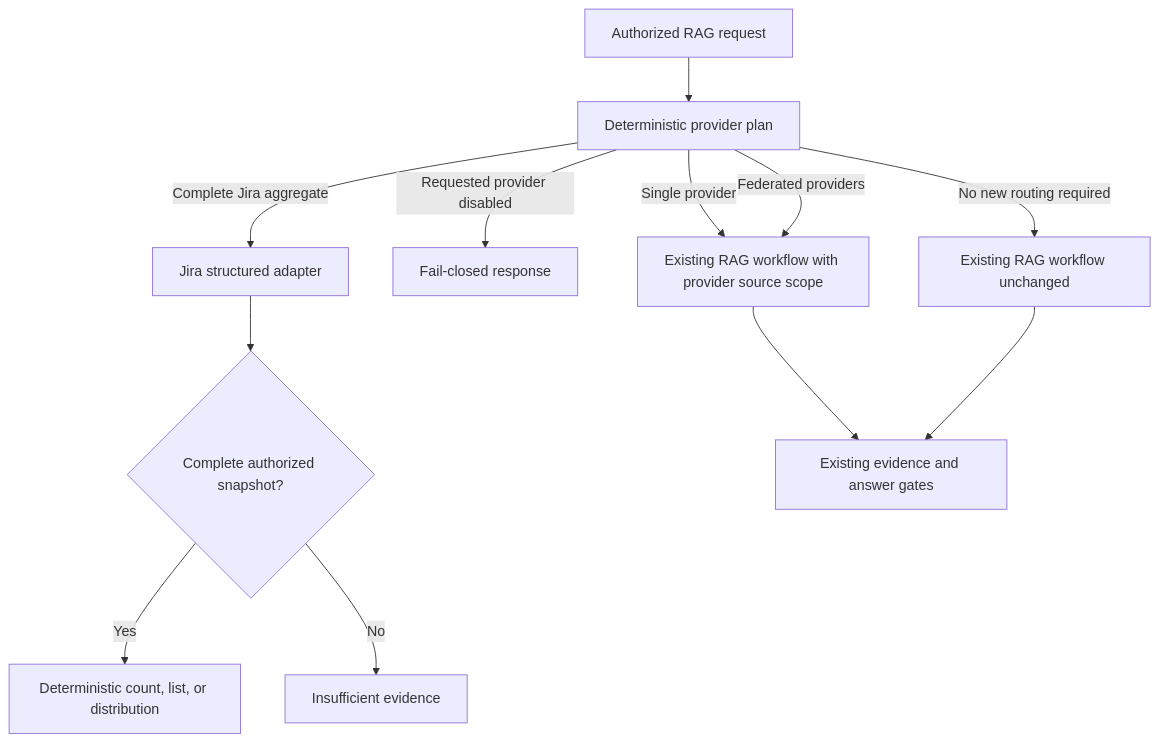
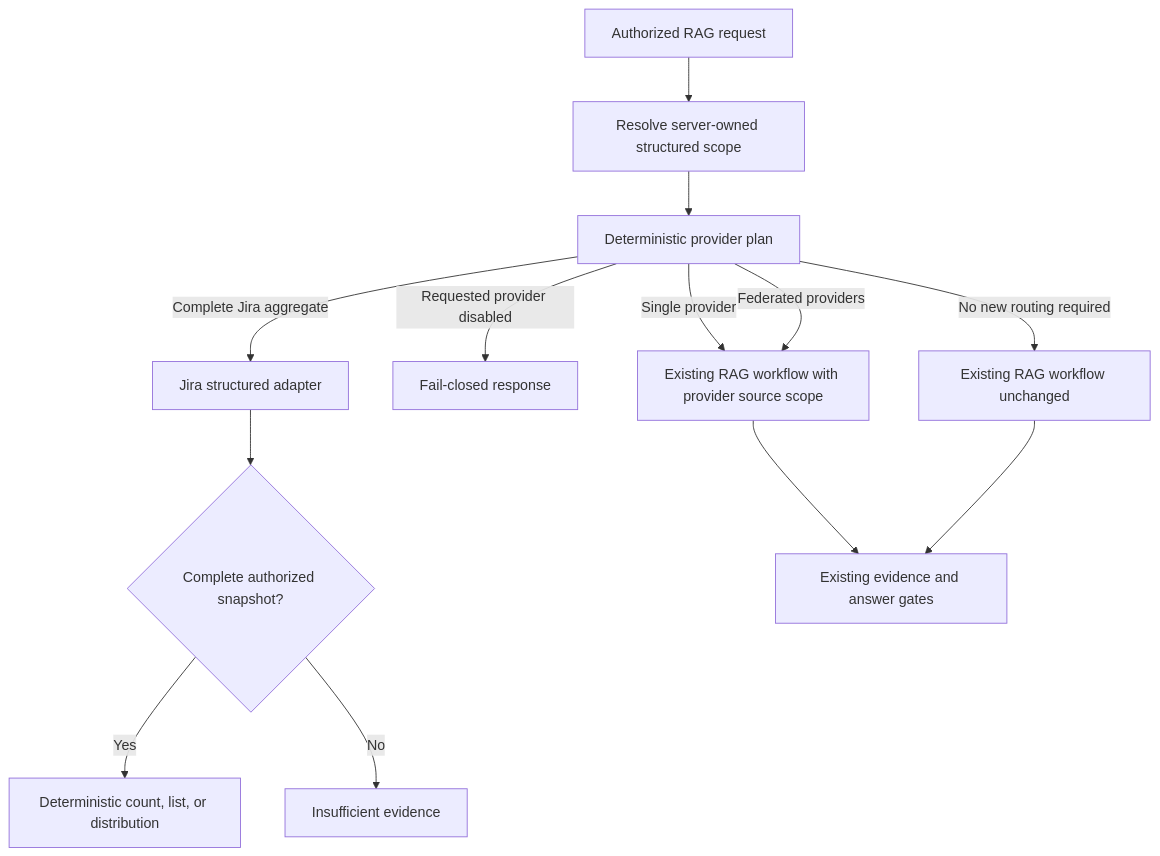
The diagram in docs/PROVIDER_ROUTING_AND_JIRA_AGGREGATES.md (naveenrajElangovan/project-intelligence-rag), drawn with Mermaid before and after one commit. The commit also changed other lines of this file and 14 other files, not shown here.

````diff
--- a/docs/PROVIDER_ROUTING_AND_JIRA_AGGREGATES.md
+++ b/docs/PROVIDER_ROUTING_AND_JIRA_AGGREGATES.md
@@ -22,14 +22,15 @@
 ```mermaid
 flowchart TD
-    A[Authorized RAG request] --> B[Deterministic provider plan]
+    A[Authorized RAG request] --> R[Resolve server-owned structured scope]
+    R --> B[Deterministic provider plan]
     B -->|Complete Jira aggregate| C[Jira structured adapter]
     B -->|Requested provider disabled| D[Fail-closed response]
     B -->|Single provider| E[Existing RAG workflow with provider source scope]
     B -->|Federated providers| E
     B -->|No new routing required| F[Existing RAG workflow unchanged]
     C --> G{Complete authorized snapshot?}
     G -->|Yes| H[Deterministic count, list, or distribution]
     G -->|No| I[Insufficient evidence]
     E --> J[Existing evidence and answer gates]
     F --> J
 ```
````
